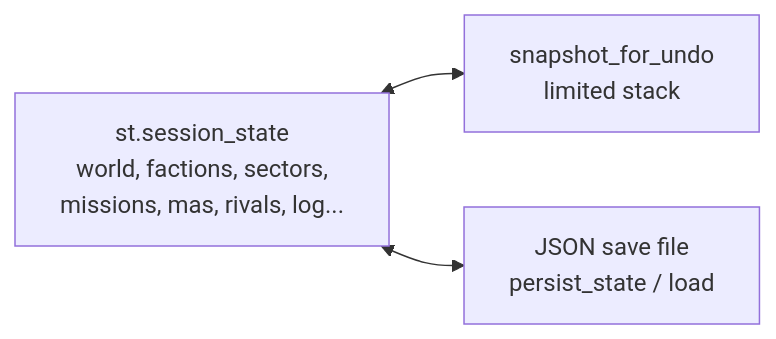
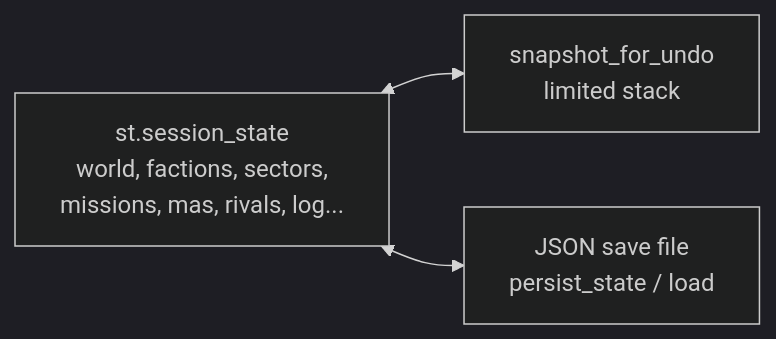
Before and after one commit to NeuroGamingLab/Neuro-Threadfall-MAS: the second of 5 diagrams in README.md, drawn with Mermaid. The commit also changed other lines of this file, not shown here.

Commit message:
Mermaid: force dark theme on GitHub for readable text and edges

````diff
--- a/README.md
+++ b/README.md
@@ -73,8 +74,9 @@
 ```mermaid
+%%{init: {'theme':'dark'}}%%
 flowchart LR
   SS["st.session_state\nworld, factions, sectors,\nmissions, mas, rivals, log..."]
   SNAP["snapshot_for_undo\nlimited stack"]
   DISK["JSON save file\npersist_state / load"]
   SS <--> SNAP
   SS <--> DISK
 ```
````
